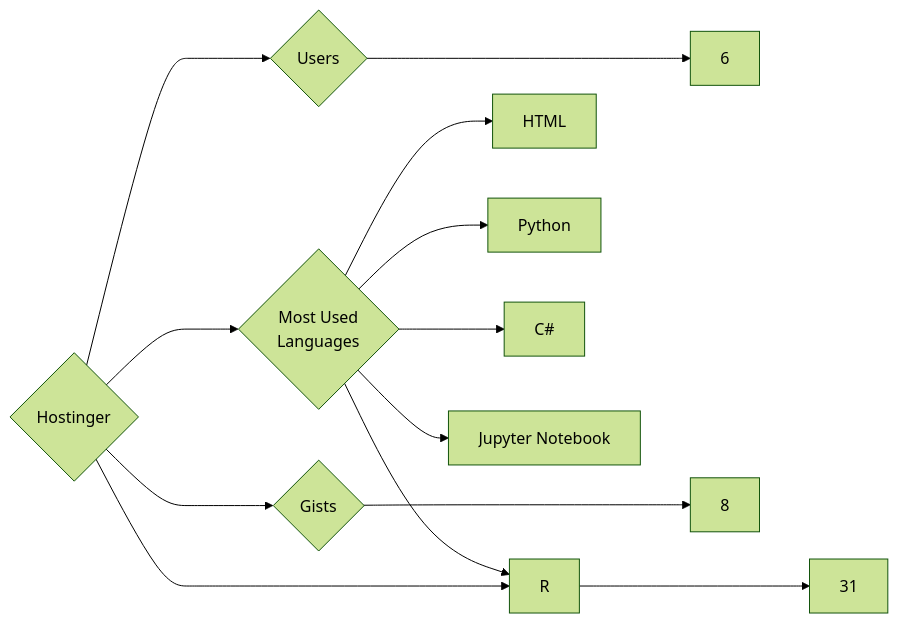
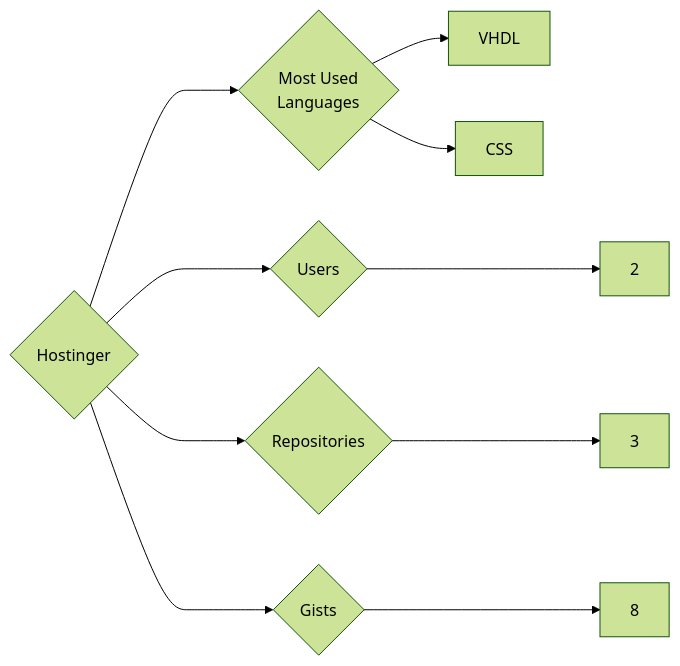
The diagram in targets/Hostinger/README.md (trickest/insiders), drawn with Mermaid (forest theme) before and after one commit. The commit also changed 1175 other files, not shown here.

````diff
--- a/targets/Hostinger/README.md
+++ b/targets/Hostinger/README.md
@@ -3,13 +3,10 @@
 ```mermaid
 graph LR
 COMPANY_NAME{Hostinger}
-COMPANY_NAME ---> U{Users} ---> UN[6]
-COMPANY_NAME ---> R{Repositories} ---> RN[31]
+COMPANY_NAME ---> U{Users} ---> UN[2]
+COMPANY_NAME ---> R{Repositories} ---> RN[3]
 COMPANY_NAME ---> G{Gists} ---> GN[8]
 COMPANY_NAME ---> ML{Most Used<br>Languages}
-ML --> HTML[HTML]
-ML --> R[R]
-ML --> Python[Python]
-ML --> C#[C#]
-ML --> Jupyter_Notebook[Jupyter Notebook]
+ML --> VHDL[VHDL]
+ML --> CSS[CSS]
 ```
````
